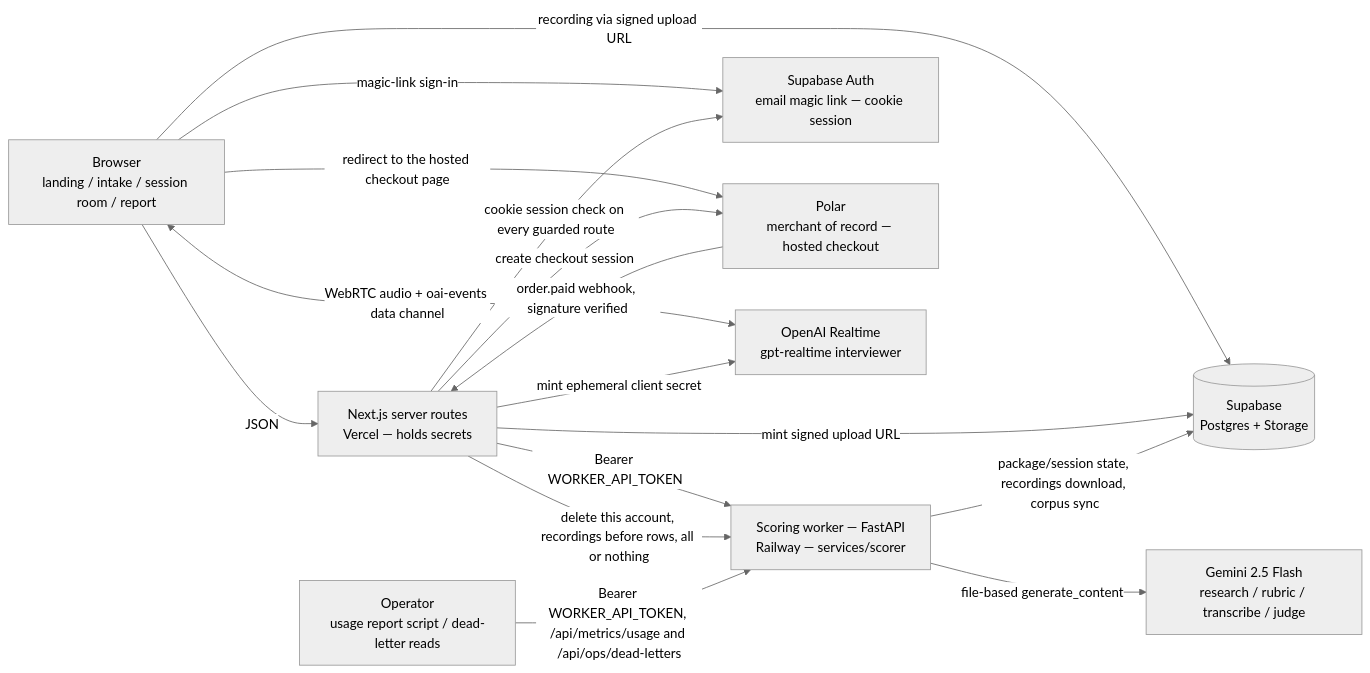
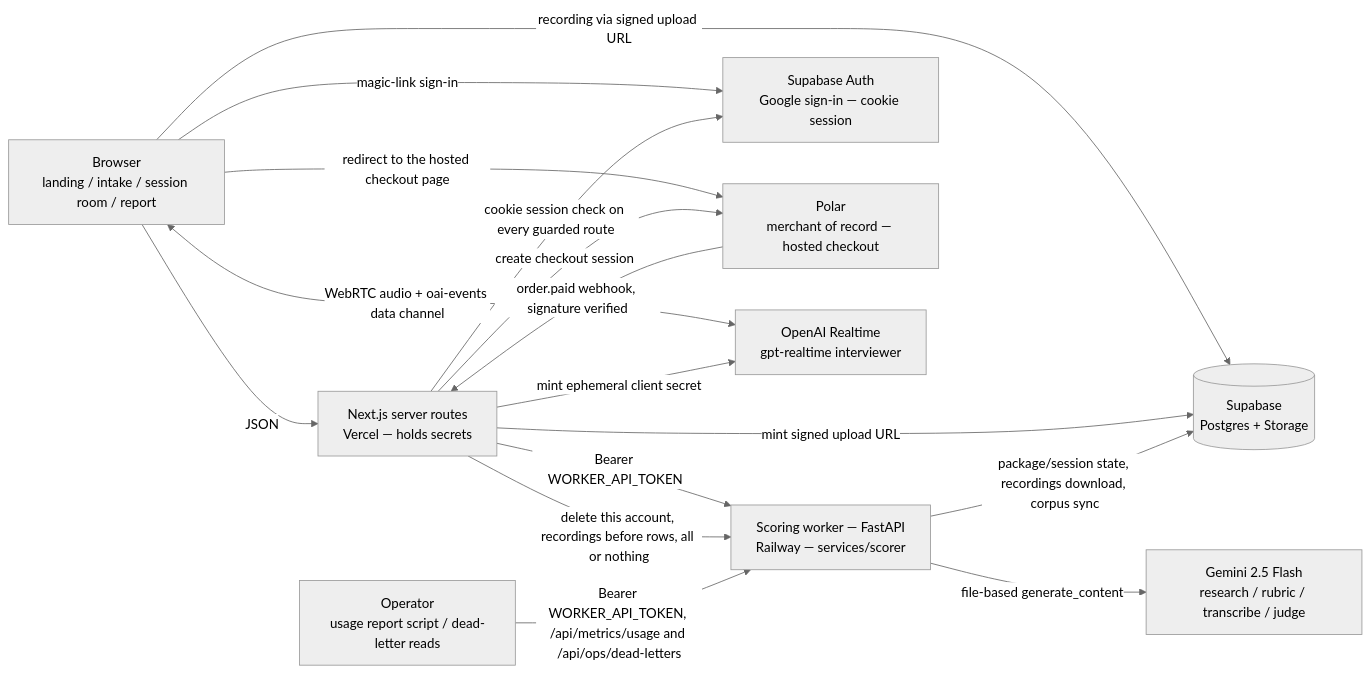
The diagram in README.md (bridgewright/flightcheck), drawn with Mermaid (neutral theme) before and after one commit. The commit also changed other lines of this file and 10 other files, not shown here.

First line of the commit message:
auth: Continue with Google is the only door

````diff
--- a/README.md
+++ b/README.md
@@ -37,28 +37,28 @@
 ```mermaid
 flowchart LR
     B[Browser<br/>landing / intake / session room / report]
     W[Next.js server routes<br/>Vercel — holds secrets]
     K[Scoring worker — FastAPI<br/>Railway — services/scorer]
     S[(Supabase<br/>Postgres + Storage)]
-    A[Supabase Auth<br/>email magic link — cookie session]
+    A[Supabase Auth<br/>Google sign-in — cookie session]
     P[Polar<br/>merchant of record — hosted checkout]
     OAI[OpenAI Realtime<br/>gpt-realtime interviewer]
     G[Gemini 2.5 Flash<br/>research / rubric / transcribe / judge]
     OP[Operator<br/>usage report script / dead-letter reads]
 
     B -->|JSON| W
     B -->|magic-link sign-in| A
     B -->|recording via signed upload URL| S
     B <-->|WebRTC audio + oai-events data channel| OAI
     B -->|redirect to the hosted checkout page| P
     W -->|cookie session check on every guarded route| A
     W -->|Bearer WORKER_API_TOKEN| K
     W -->|mint ephemeral client secret| OAI
     W -->|mint signed upload URL| S
     W -->|create checkout session| P
     W -->|delete this account, recordings before rows, all or nothing| K
     P -->|order.paid webhook, signature verified| W
     K -->|package/session state, recordings download, corpus sync| S
     K -->|file-based generate_content| G
     OP -->|Bearer WORKER_API_TOKEN, /api/metrics/usage and /api/ops/dead-letters| K
 ```
````
